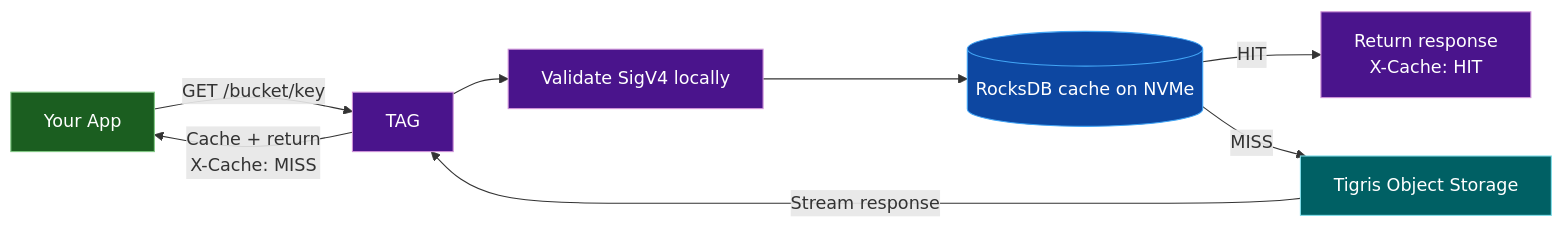
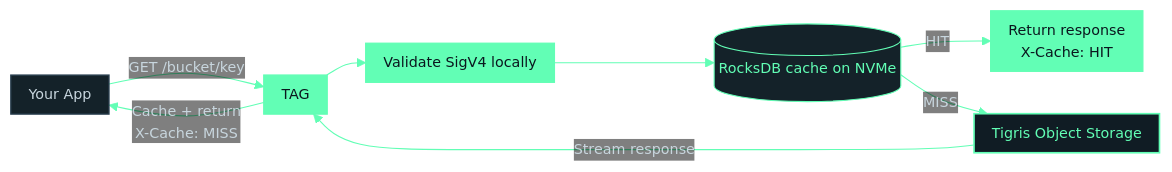
The first of 4 diagrams in docs/acceleration-gateway/index.mdx (tigrisdata/tigris-os-docs), drawn with Mermaid before and after one commit. The commit also changed other lines of this file and 2 other files, not shown here.

First line of the commit message:
style: match mermaid diagrams to TAG lander diagram styling

`````diff
--- a/docs/acceleration-gateway/index.mdx
+++ b/docs/acceleration-gateway/index.mdx
@@ -18,16 +18,17 @@
 ```mermaid
+%%{init: {'theme': 'base', 'flowchart': {'padding': 8, 'nodeSpacing': 25, 'rankSpacing': 35}, 'themeVariables': {'primaryColor': '#142229', 'primaryTextColor': '#c8d6de', 'primaryBorderColor': '#1e3340', 'lineColor': '#62FEB5', 'secondaryColor': '#101c24', 'tertiaryColor': '#0e1920', 'edgeLabelBackground': 'transparent', 'clusterBkg': '#0e1920', 'clusterBorder': '#1e3340', 'fontFamily': 'sans-serif', 'fontSize': '13px', 'background': '#0e1920', 'textColor': '#8fa3b0', 'nodeBorder': '#1e3340'}}}%%
 flowchart LR
-    classDef app fill:#1b5e20,stroke:#81c784,color:#fff
-    classDef tag fill:#4a148c,stroke:#ce93d8,color:#fff
-    classDef cache fill:#0d47a1,stroke:#42a5f5,color:#fff
-    classDef upstream fill:#006064,stroke:#80deea,color:#fff
+    classDef app fill:#142229,stroke:#2a4050,color:#c8d6de,stroke-width:1.2px
+    classDef tag fill:#62FEB5,stroke:#62FEB5,color:#0A171E,stroke-width:1.2px
+    classDef cache fill:#142229,stroke:#62FEB5,color:#62FEB5,stroke-width:1px
+    classDef upstream fill:#101c24,stroke:#62FEB5,color:#62FEB5,stroke-width:1.5px
 
     A[Your App]:::app -->|GET /bucket/key| T[TAG]:::tag
     T --> V[Validate SigV4 locally]:::tag
     V --> C[(RocksDB cache on NVMe)]:::cache
     C -->|HIT| R[Return response<br/>X-Cache: HIT]:::tag
     C -->|MISS| U[Tigris Object Storage]:::upstream
     U -->|Stream response| T
     T -->|Cache + return<br/>X-Cache: MISS| A
 
 ````
`````
